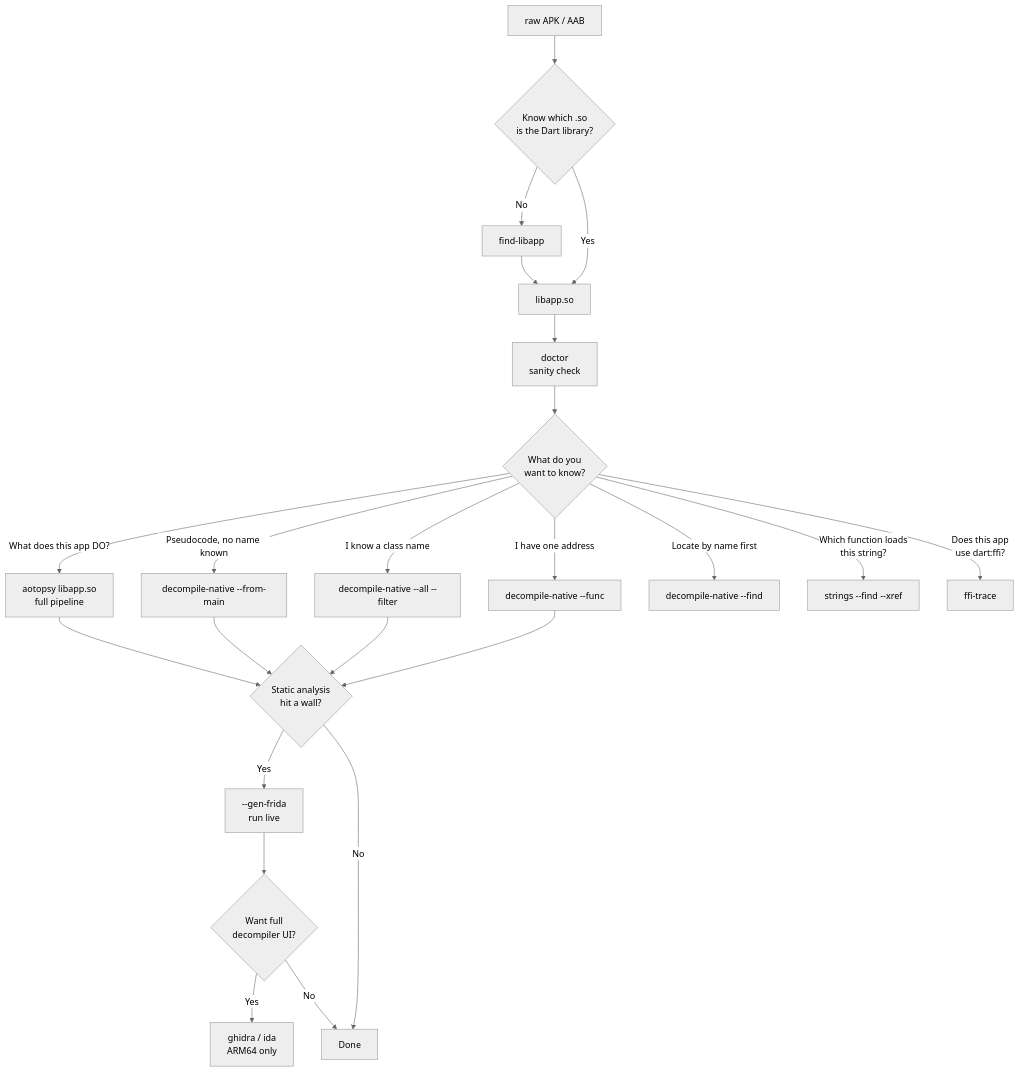
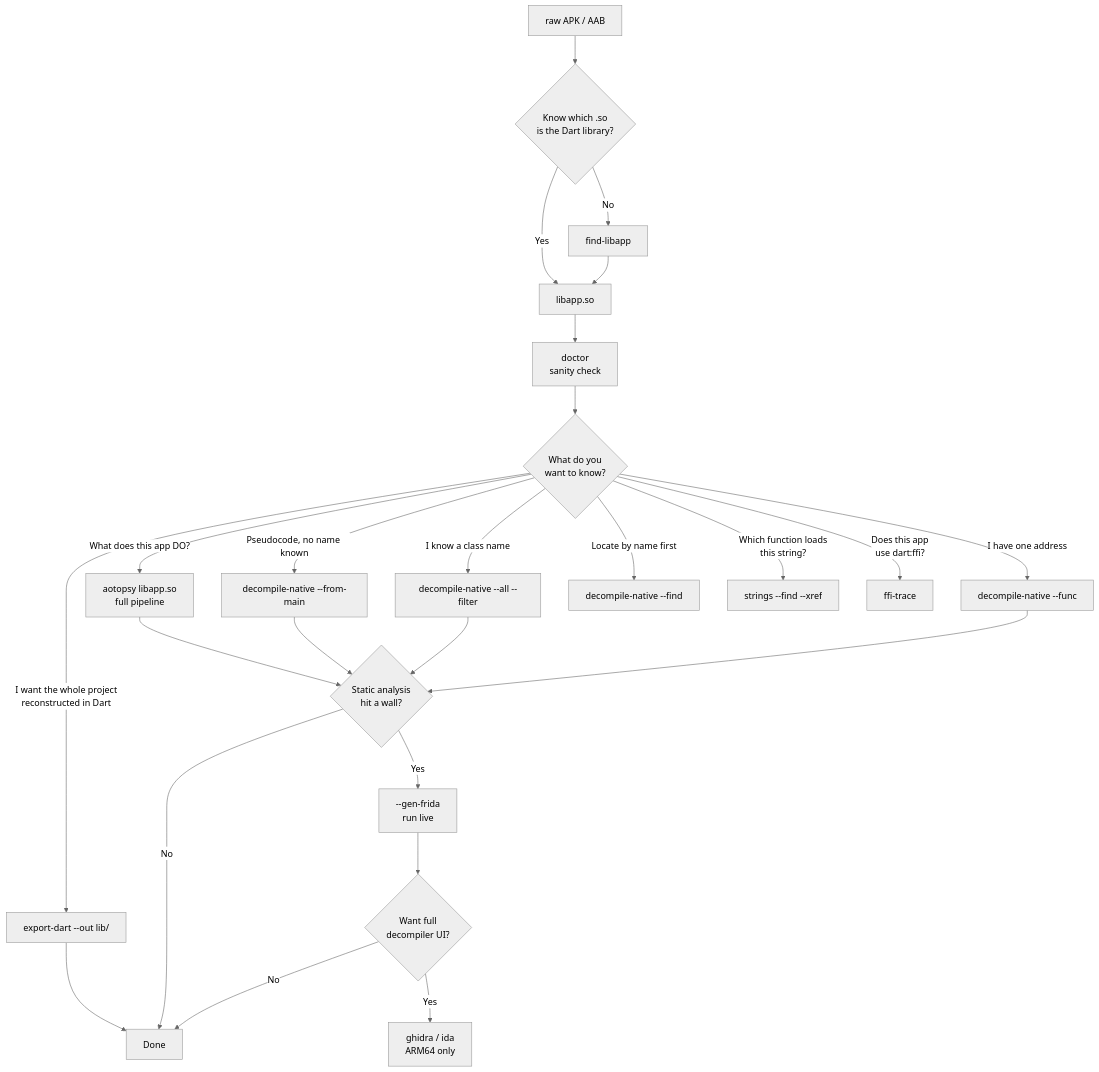
The diagram in WORKFLOW.md (BroNils/aotopsy), drawn with Mermaid (neutral theme) before and after one commit. The commit also changed other lines of this file and 92 other files, not shown here.

First line of the commit message:
AOTopsy v1.0.0: SSA value-graph decompiler, whole-project reconstruction, 19-version ground-truth corpus (#8)

````diff
--- a/WORKFLOW.md
+++ b/WORKFLOW.md
@@ -14,25 +14,27 @@
 ```mermaid
 flowchart TD
     APK[raw APK / AAB] --> Q1{"Know which .so<br/>is the Dart library?"}
     Q1 -->|No| FL[find-libapp]
     Q1 -->|Yes| LIB[libapp.so]
     FL --> LIB
     LIB --> DOC[doctor<br/>sanity check]
     DOC --> Q2{"What do you<br/>want to know?"}
+    Q2 -->|"I want the whole project<br/>reconstructed in Dart"| EXP[export-dart --out lib/]
     Q2 -->|"What does this app DO?"| FULL[aotopsy libapp.so<br/>full pipeline]
     Q2 -->|"Pseudocode, no name known"| FM[decompile-native --from-main]
     Q2 -->|"I know a class name"| FIL[decompile-native --all --filter]
     Q2 -->|"I have one address"| FUNC[decompile-native --func]
     Q2 -->|"Locate by name first"| FIND[decompile-native --find]
     Q2 -->|"Which function loads<br/>this string?"| XREF[strings --find --xref]
     Q2 -->|"Does this app<br/>use dart:ffi?"| FFI[ffi-trace]
+    EXP --> DONE[Done]
     FULL --> WALL{Static analysis<br/>hit a wall?}
     FM --> WALL
     FIL --> WALL
     FUNC --> WALL
     WALL -->|Yes| FRIDA[--gen-frida<br/>run live]
-    WALL -->|No| DONE[Done]
+    WALL -->|No| DONE
     FRIDA --> UI{Want full<br/>decompiler UI?}
     UI -->|Yes| GH[ghidra / ida<br/>ARM64 only]
     UI -->|No| DONE
 ```
````
